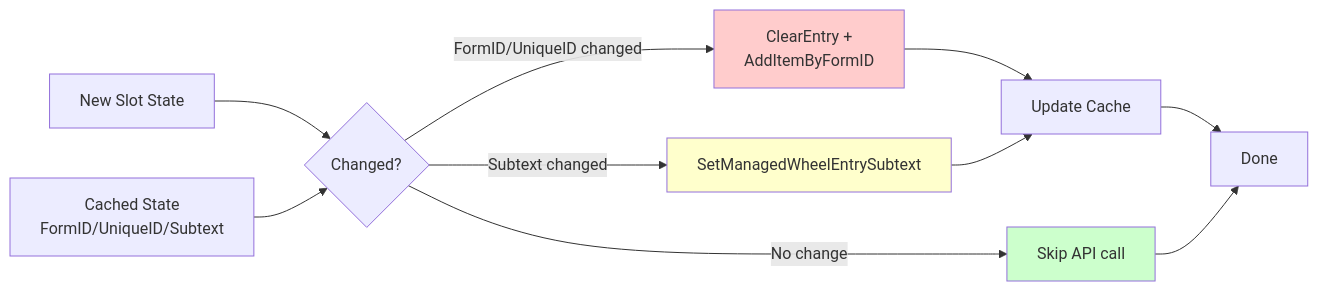
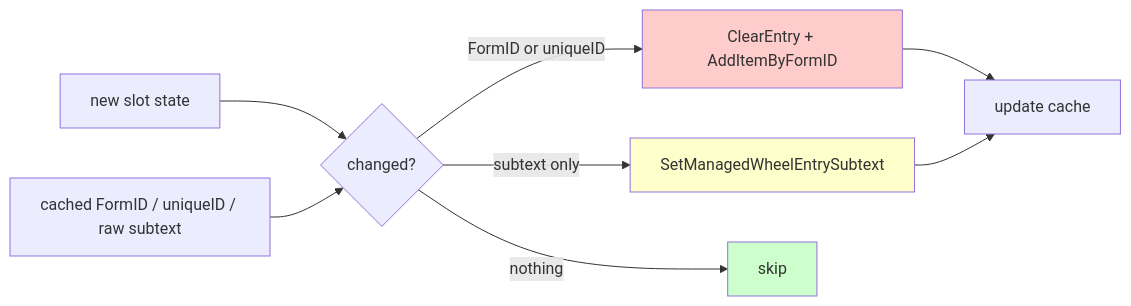
The ninth of 10 diagrams in docs/architecture/6-ui-ux.md (LandingCrew/huginn), drawn with Mermaid before and after one commit. The commit also changed other lines of this file and 27 other files, not shown here.

````diff
--- a/docs/architecture/6-ui-ux.md
+++ b/docs/architecture/6-ui-ux.md
@@ -457,18 +900,16 @@
 ```mermaid
 graph LR
-    New[New Slot State] --> Compare{Changed?}
-    Cache[Cached State<br/>FormID/UniqueID/Subtext] --> Compare
+    New[new slot state] --> Compare{changed?}
+    Cache[cached FormID / uniqueID / raw subtext] --> Compare
 
-    Compare -->|FormID/UniqueID changed| UpdateItem[ClearEntry +<br/>AddItemByFormID]
-    Compare -->|Subtext changed| UpdateSubtext[SetManagedWheelEntrySubtext]
-    Compare -->|No change| Skip[Skip API call]
+    Compare -->|FormID or uniqueID| UpdateItem[ClearEntry + AddItemByFormID]
+    Compare -->|subtext only| UpdateSubtext[SetManagedWheelEntrySubtext]
+    Compare -->|nothing| Skip[skip]
 
-    UpdateItem --> UpdateCache[Update Cache]
+    UpdateItem --> UpdateCache[update cache]
     UpdateSubtext --> UpdateCache
-    UpdateCache --> Done[Done]
-    Skip --> Done
 
     style UpdateItem fill:#ffcccc
     style UpdateSubtext fill:#ffffcc
     style Skip fill:#ccffcc
 ```
````
